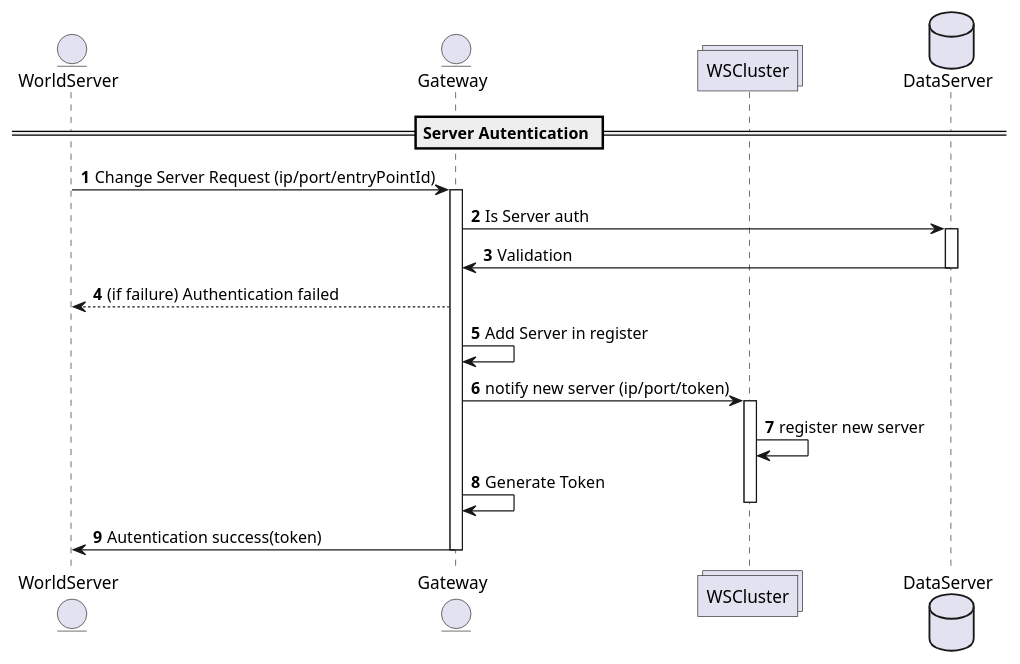
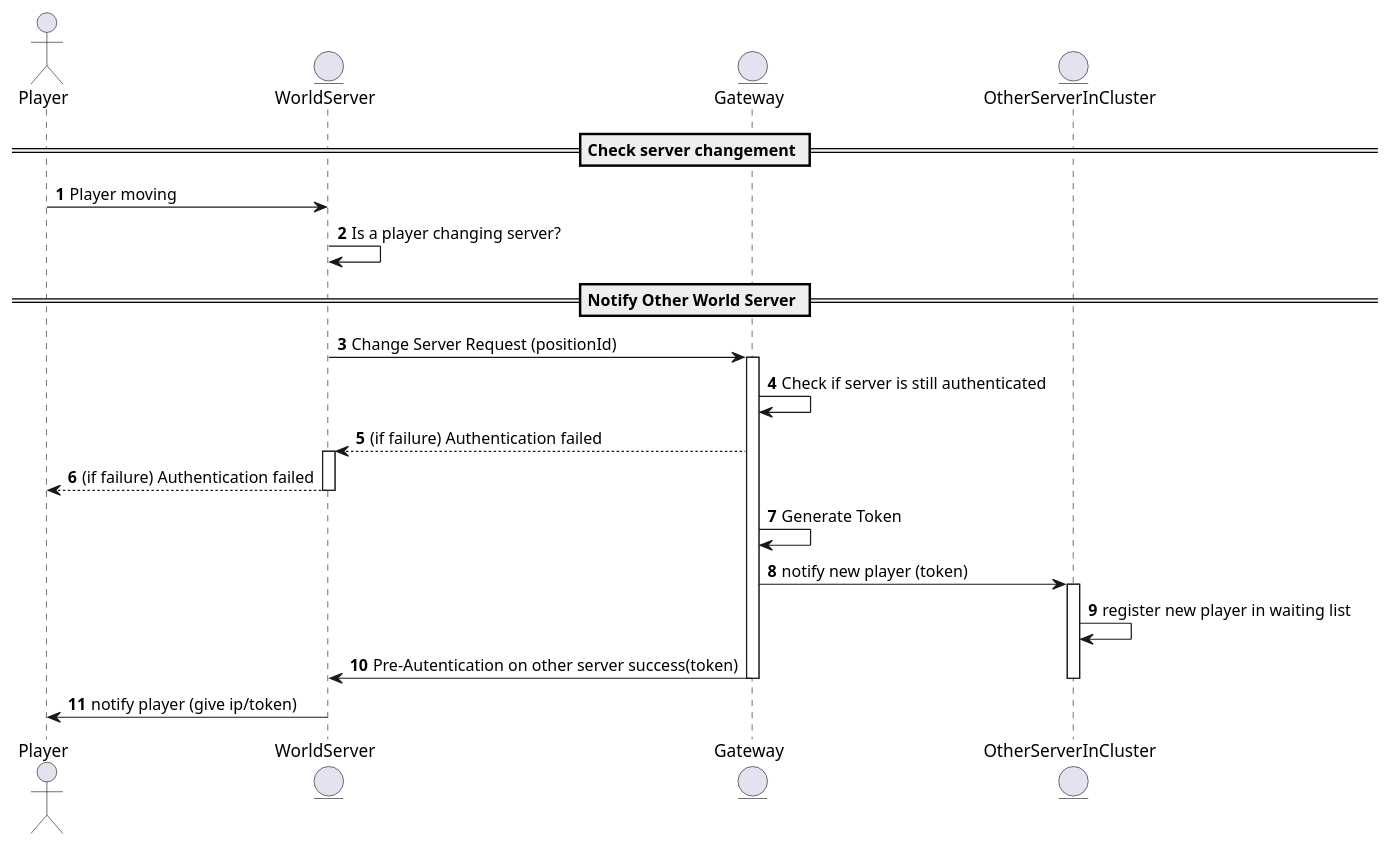
One commit to FreeYourSoul/DEPRECATED_FreeYourSoul_Server changed the diagram in Utils/resource/PlayerWorldServerSwitch.puml. Above: the diagram before and after it, drawn with PlantUML. The commit also changed 5 other files, not shown here.

Commit message:
[FYS] [gateway]: - switch server diagram changes

```diff
--- a/Utils/resource/PlayerWorldServerSwitch.puml
+++ b/Utils/resource/PlayerWorldServerSwitch.puml
@@ -1,24 +1,33 @@
 @startuml
+actor Player
 entity WorldServer
 entity Gateway
-collections WSCluster
-database DataServer
+entity OtherServerInCluster
 autonumber
-== Server Autentication ==
-WorldServer -> Gateway: Change Server Request (ip/port/entryPointId)
+== Check server changement ==
+Player -> WorldServer: Player moving
+WorldServer -> WorldServer: Is a player changing server?
+
+
+== Notify Other World Server ==
+WorldServer -> Gateway: Change Server Request (positionId)
+
 activate Gateway
-Gateway -> DataServer : Is Server auth
-activate DataServer
-Gateway <- DataServer: Validation
-deactivate DataServer
-WorldServer <-- Gateway: (if failure) Authentication failed
-Gateway -> Gateway: Add Server in register
-Gateway -> WSCluster: notify new server (ip/port/token)
-activate WSCluster
-WSCluster -> WSCluster: register new server
-Gateway -> Gateway: Generate Token
-deactivate WSCluster
-WorldServer <- Gateway: Autentication success(token)
+
+    Gateway -> Gateway: Check if server is still authenticated
+    WorldServer <-- Gateway: (if failure) Authentication failed
+        activate WorldServer
+        Player <-- WorldServer: (if failure) Authentication failed
+        deactivate WorldServer
+    Gateway -> Gateway: Generate Token
+    Gateway -> OtherServerInCluster: notify new player (token)
+
+    activate OtherServerInCluster
+    OtherServerInCluster -> OtherServerInCluster: register new player in waiting list
+    WorldServer <- Gateway: Pre-Autentication on other server success(token)
+    deactivate OtherServerInCluster
+
 deactivate Gateway
+WorldServer -> Player: notify player (give ip/token)
 
 @enduml
```
